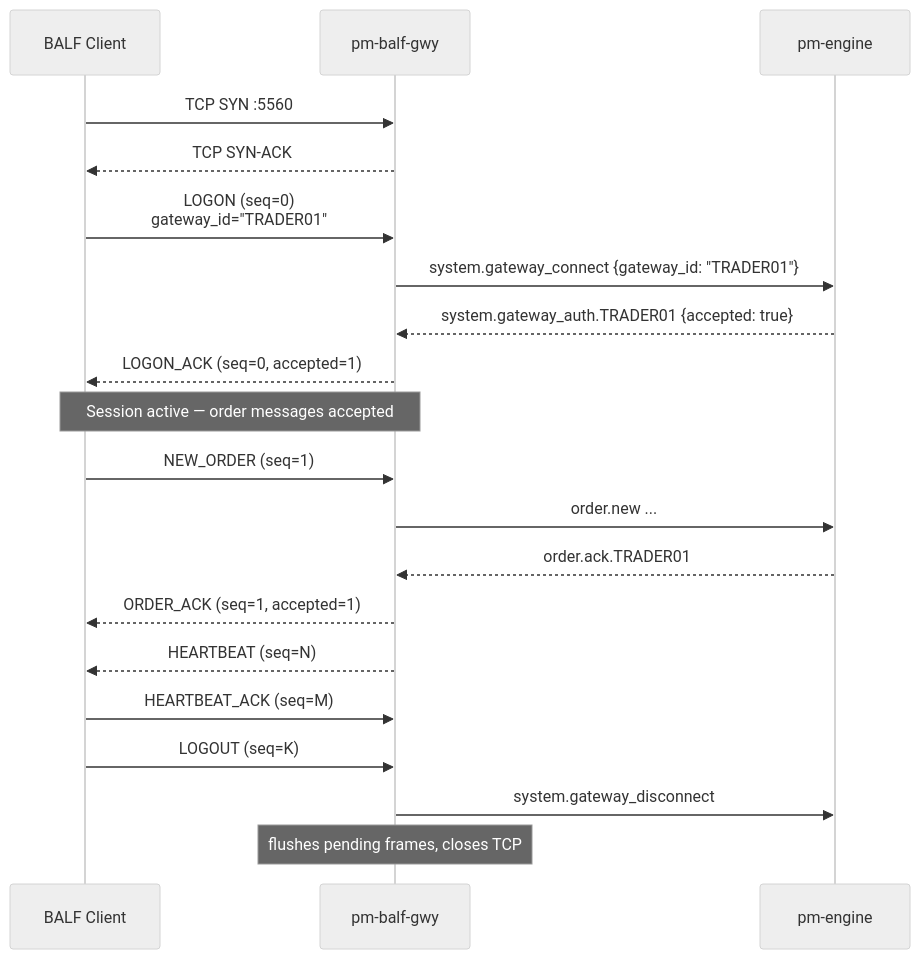
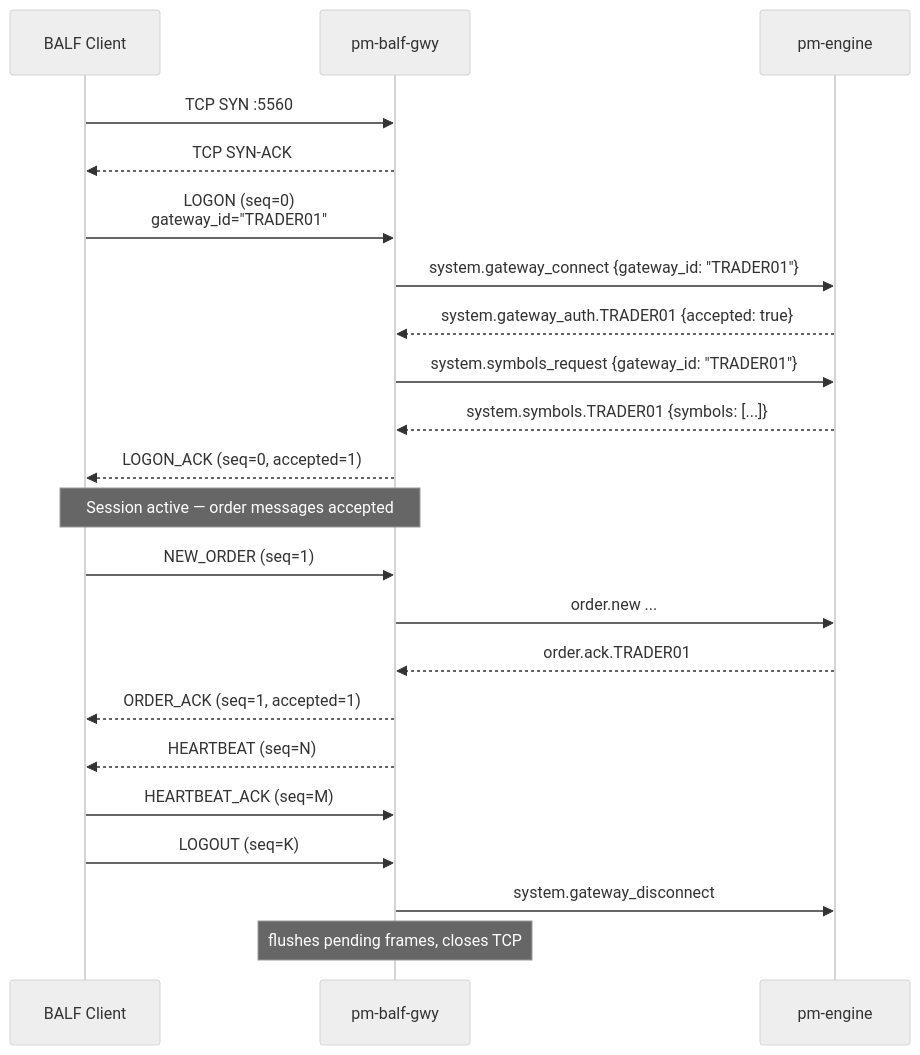
Before and after one commit to johan162/EduMatcher: the second of 2 diagrams in docs/books/operator-guide/part-5-gateways/020-balf-gateway.md, drawn with Mermaid (neutral theme). The commit also changed other lines of this file and 6 other files, not shown here.

````diff
--- a/docs/books/operator-guide/part-5-gateways/020-balf-gateway.md
+++ b/docs/books/operator-guide/part-5-gateways/020-balf-gateway.md
@@ -247,27 +247,29 @@
 ```mermaid
 sequenceDiagram
     participant C as BALF Client
     participant G as pm-balf-gwy
     participant E as pm-engine
 
     C->>G: TCP SYN :5560
     G-->>C: TCP SYN-ACK
 
     C->>G: LOGON (seq=0)<br/>gateway_id="TRADER01"
     G->>E: system.gateway_connect {gateway_id: "TRADER01"}
     E-->>G: system.gateway_auth.TRADER01 {accepted: true}
+    G->>E: system.symbols_request {gateway_id: "TRADER01"}
+    E-->>G: system.symbols.TRADER01 {symbols: [...]}
     G-->>C: LOGON_ACK (seq=0, accepted=1)
     Note over C,G: Session active — order messages accepted
 
     C->>G: NEW_ORDER (seq=1)
     G->>E: order.new ...
     E-->>G: order.ack.TRADER01
     G-->>C: ORDER_ACK (seq=1, accepted=1)
 
     G-->>C: HEARTBEAT (seq=N)
     C->>G: HEARTBEAT_ACK (seq=M)
 
     C->>G: LOGOUT (seq=K)
     G->>E: system.gateway_disconnect
     Note over G: flushes pending frames, closes TCP
 ```
````
